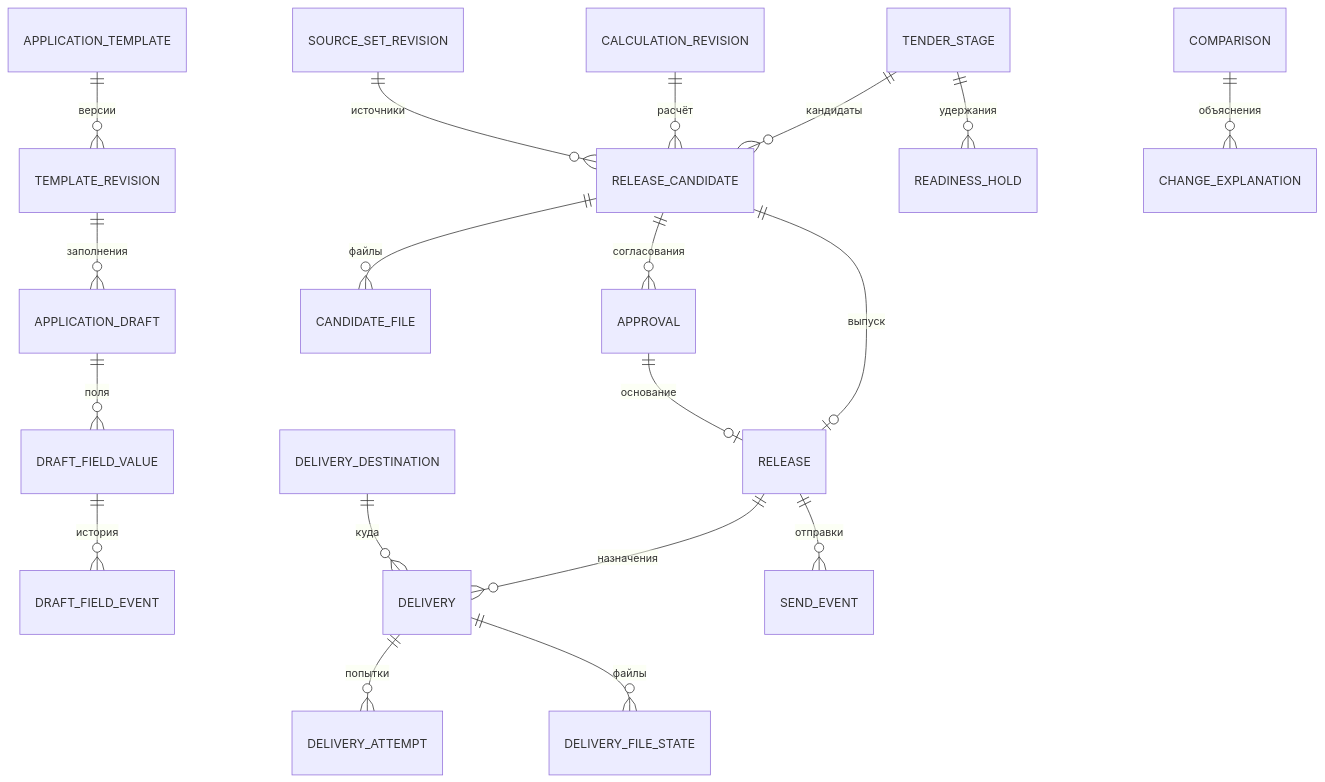
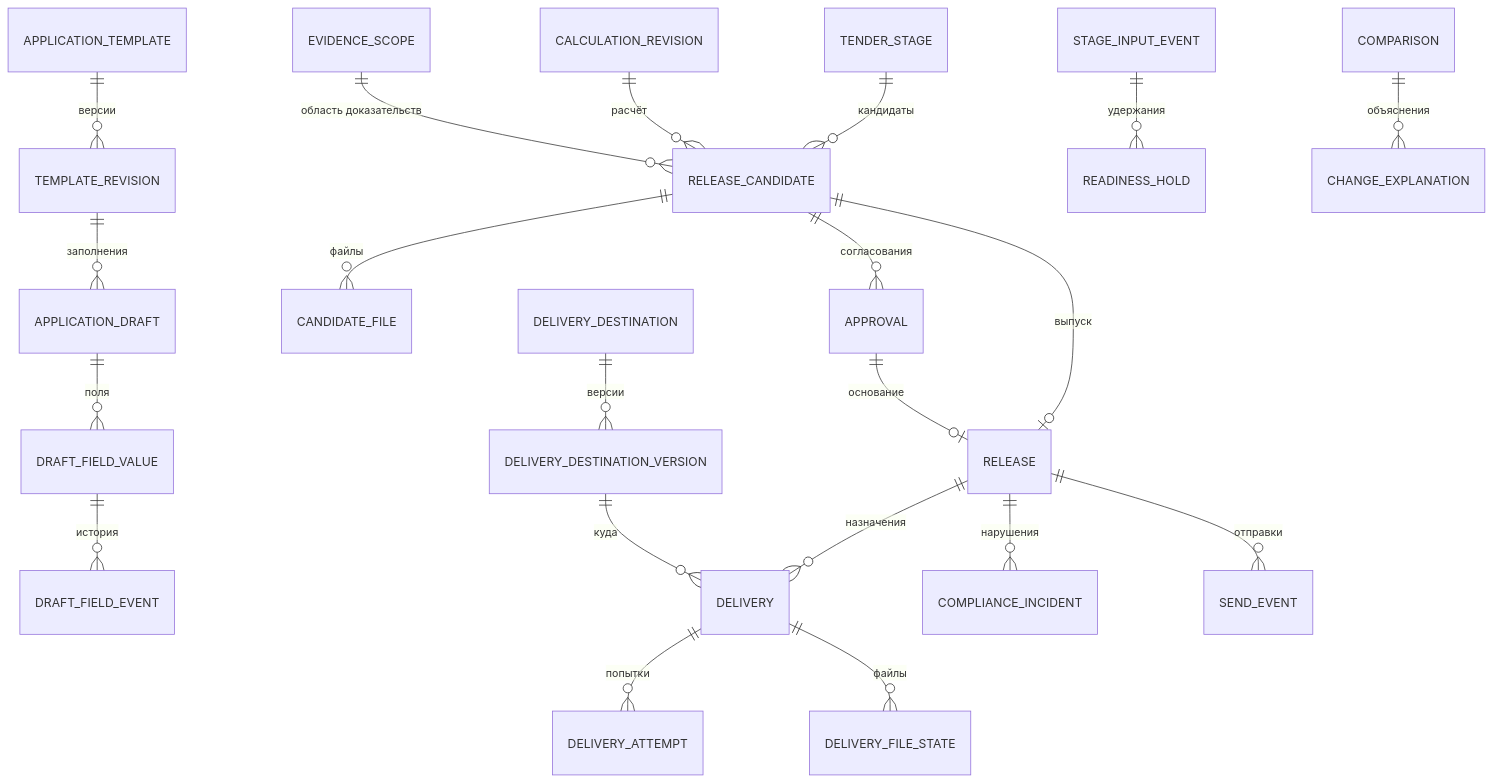
Before and after one commit to baldmaxim/ConturKP: the third of 4 diagrams in docs/architecture/data-model.md, drawn with Mermaid. The commit also changed other lines of this file and 18 other files, not shown here.

Commit message:
Этап 01: исправления по ревью 01-1 — снимок области доказательств, фильтр LocalAI по единицам источника, барьер актуальности этапа, идентичность расчёта, режим выпуска и версии назначений, ограждение аренды заданий.

````diff
--- a/docs/architecture/data-model.md
+++ b/docs/architecture/data-model.md
@@ -92,21 +100,23 @@
 ```mermaid
 erDiagram
   APPLICATION_TEMPLATE ||--o{ TEMPLATE_REVISION : "версии"
   TEMPLATE_REVISION ||--o{ APPLICATION_DRAFT : "заполнения"
   APPLICATION_DRAFT ||--o{ DRAFT_FIELD_VALUE : "поля"
   DRAFT_FIELD_VALUE ||--o{ DRAFT_FIELD_EVENT : "история"
   TENDER_STAGE ||--o{ RELEASE_CANDIDATE : "кандидаты"
   RELEASE_CANDIDATE ||--o{ CANDIDATE_FILE : "файлы"
   CALCULATION_REVISION ||--o{ RELEASE_CANDIDATE : "расчёт"
-  SOURCE_SET_REVISION ||--o{ RELEASE_CANDIDATE : "источники"
+  EVIDENCE_SCOPE ||--o{ RELEASE_CANDIDATE : "область доказательств"
   RELEASE_CANDIDATE ||--o{ APPROVAL : "согласования"
   RELEASE_CANDIDATE ||--o| RELEASE : "выпуск"
   APPROVAL ||--o| RELEASE : "основание"
-  TENDER_STAGE ||--o{ READINESS_HOLD : "удержания"
+  STAGE_INPUT_EVENT ||--o{ READINESS_HOLD : "удержания"
   RELEASE ||--o{ DELIVERY : "назначения"
-  DELIVERY_DESTINATION ||--o{ DELIVERY : "куда"
+  DELIVERY_DESTINATION ||--o{ DELIVERY_DESTINATION_VERSION : "версии"
+  DELIVERY_DESTINATION_VERSION ||--o{ DELIVERY : "куда"
+  RELEASE ||--o{ COMPLIANCE_INCIDENT : "нарушения"
   DELIVERY ||--o{ DELIVERY_ATTEMPT : "попытки"
   DELIVERY ||--o{ DELIVERY_FILE_STATE : "файлы"
   RELEASE ||--o{ SEND_EVENT : "отправки"
   COMPARISON ||--o{ CHANGE_EXPLANATION : "объяснения"
 ```
````
